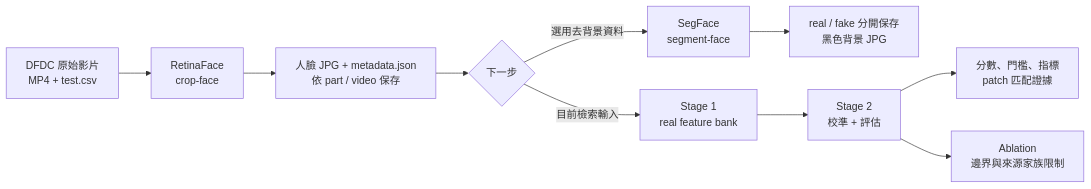
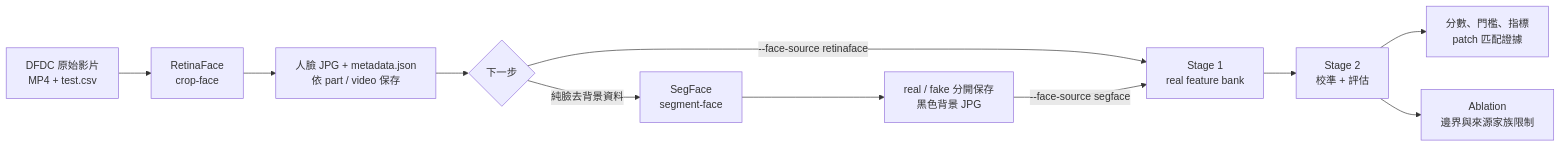
Before and after one commit to IlikeBB/DeepFakeSecurity: the first of 4 diagrams in README.md, drawn with Mermaid. The commit also changed other lines of this file and 5 other files, not shown here.

Commit message:
support SegFace feature bank input

````diff
--- a/README.md
+++ b/README.md
@@ -7,12 +7,13 @@
 ```mermaid
 flowchart LR
     A["DFDC 原始影片<br/>MP4 + test.csv"] --> B["RetinaFace<br/>crop-face"]
     B --> C["人臉 JPG + metadata.json<br/>依 part / video 保存"]
     C --> D{"下一步"}
-    D -->|目前檢索輸入| E["Stage 1<br/>real feature bank"]
-    D -->|選用去背景資料| F["SegFace<br/>segment-face"]
+    D -->|--face-source retinaface| E["Stage 1<br/>real feature bank"]
+    D -->|純臉去背景資料| F["SegFace<br/>segment-face"]
     F --> G["real / fake 分開保存<br/>黑色背景 JPG"]
+    G -->|--face-source segface| E
     E --> H["Stage 2<br/>校準 + 評估"]
     H --> I["分數、門檻、指標<br/>patch 匹配證據"]
     H --> J["Ablation<br/>邊界與來源家族限制"]
 ```
````
